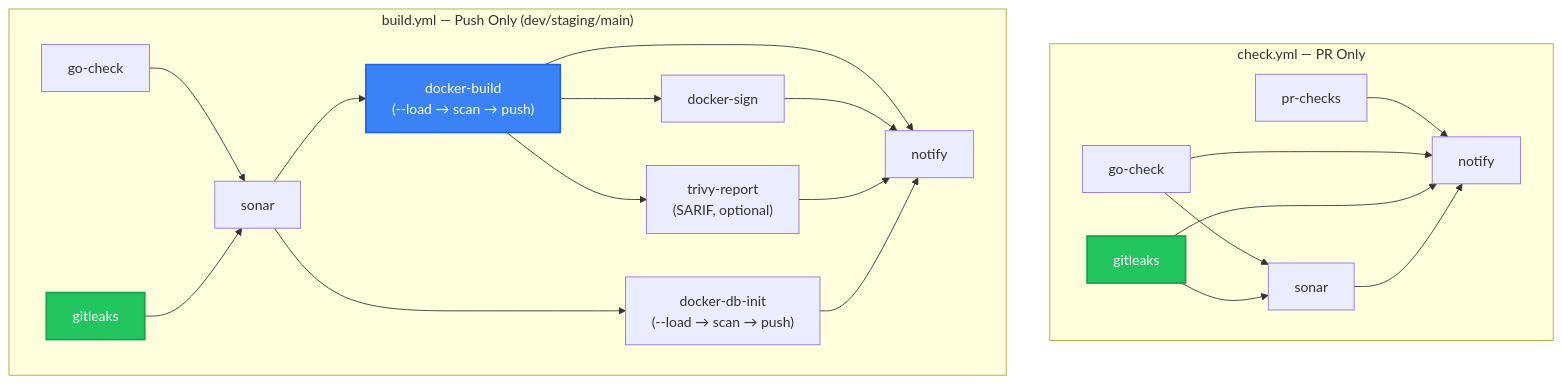
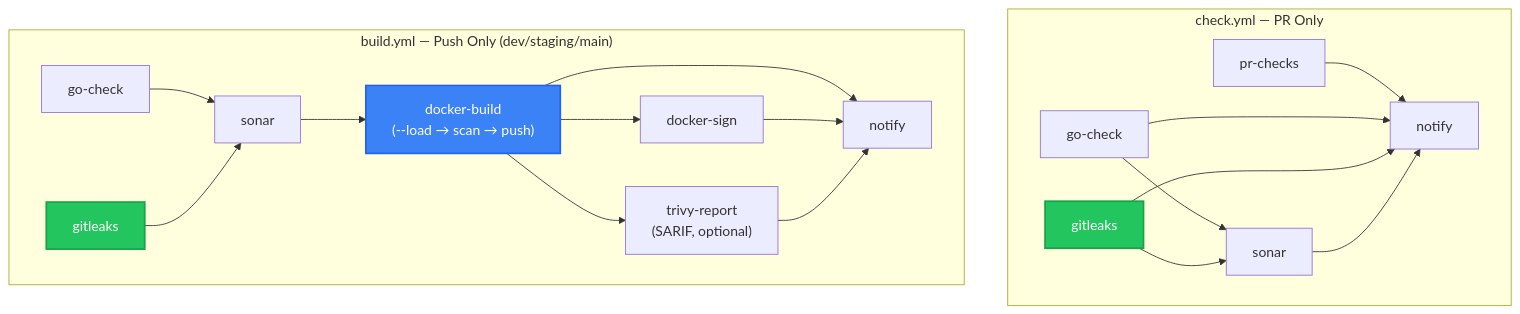
Before and after one commit to duynhlab/homelab: the second of 12 diagrams in docs/platform/cicd.md, drawn with Mermaid. The commit also changed other lines of this file and 6 other files, not shown here.

````diff
--- a/docs/platform/cicd.md
+++ b/docs/platform/cicd.md
@@ -69,43 +69,40 @@
 ```mermaid
 flowchart TD
     subgraph check_wf["check.yml — PR Only"]
         PR[pr-checks]
         GOCHECK[go-check]
         GITLEAKS["gitleaks"]
         SONAR[sonar]
         NOTIFY_PR[notify]
     end
 
     subgraph build_wf["build.yml — Push Only (dev/staging/main)"]
         GOCHECK2[go-check]
         GITLEAKS2["gitleaks"]
         SONAR2[sonar]
         BUILD["docker-build<br/>(--load → scan → push)"]
         SIGN[docker-sign]
         TRIVY_RPT["trivy-report<br/>(SARIF, optional)"]
-        DBINIT["docker-db-init<br/>(--load → scan → push)"]
         NOTIFY_BUILD[notify]
     end
 
     GOCHECK --> SONAR
     GITLEAKS --> SONAR
     PR --> NOTIFY_PR
     GOCHECK --> NOTIFY_PR
     GITLEAKS --> NOTIFY_PR
     SONAR --> NOTIFY_PR
 
     GOCHECK2 --> SONAR2
     GITLEAKS2 --> SONAR2
     SONAR2 --> BUILD
-    SONAR2 --> DBINIT
     BUILD --> SIGN
     BUILD --> TRIVY_RPT
     BUILD --> NOTIFY_BUILD
     SIGN --> NOTIFY_BUILD
     TRIVY_RPT --> NOTIFY_BUILD
-    DBINIT --> NOTIFY_BUILD
 
     style GITLEAKS fill:#22c55e,color:#fff,stroke:#16a34a,stroke-width:2px
     style GITLEAKS2 fill:#22c55e,color:#fff,stroke:#16a34a,stroke-width:2px
     style BUILD fill:#3b82f6,color:#fff,stroke:#2563eb,stroke-width:2px
 ```
````
